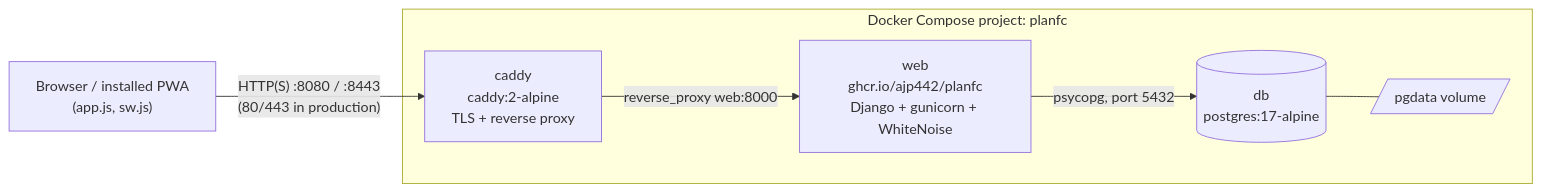
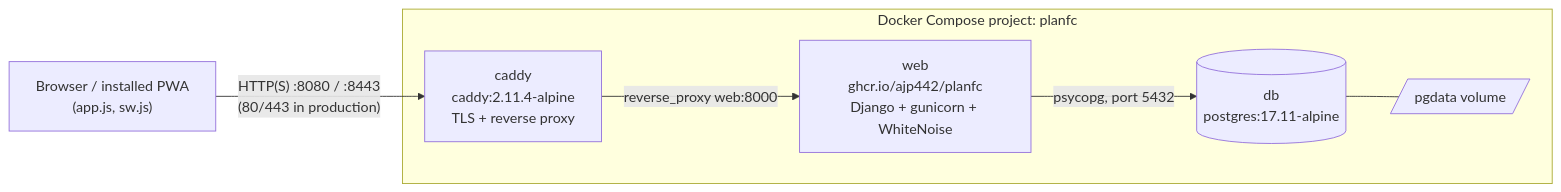
Before and after one commit to ajp442/planFC: the first of 3 diagrams in docs/ARCHITECTURE.md, drawn with Mermaid. The commit also changed other lines of this file and 4 other files, not shown here.

First line of the commit message:
Pin Postgres and Caddy to exact versions, updated by Dependabot

````diff
--- a/docs/ARCHITECTURE.md
+++ b/docs/ARCHITECTURE.md
@@ -56,14 +56,14 @@
 ```mermaid
 flowchart LR
     phone["Browser / installed PWA<br/>(app.js, sw.js)"]
     subgraph compose["Docker Compose project: planfc"]
-        caddy["caddy<br/>caddy:2-alpine<br/>TLS + reverse proxy"]
+        caddy["caddy<br/>caddy:2.11.4-alpine<br/>TLS + reverse proxy"]
         web["web<br/>ghcr.io/ajp442/planfc<br/>Django + gunicorn + WhiteNoise"]
-        db[("db<br/>postgres:17-alpine")]
+        db[("db<br/>postgres:17.11-alpine")]
         pgdata[/"pgdata volume"/]
     end
     phone -- "HTTP(S) :8080 / :8443<br/>(80/443 in production)" --> caddy
     caddy -- "reverse_proxy web:8000" --> web
     web -- "psycopg, port 5432" --> db
     db --- pgdata
 ```
````
